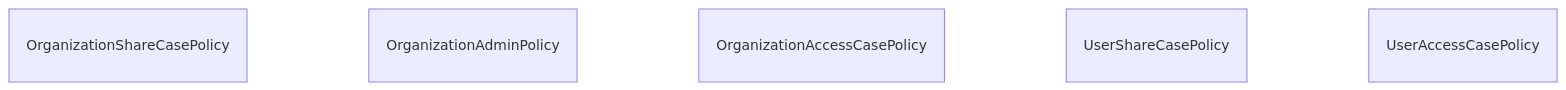
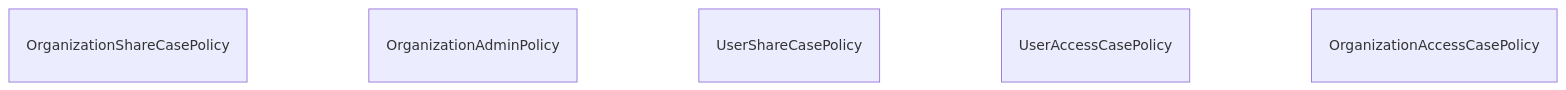
Before and after one commit to RIVM-bioinformatics/gen-epix-api: the diagram in docs/erm/casedb.abac.md, drawn with Mermaid. The commit also changed other lines of this file and 176 other files, not shown here.

````diff
--- a/docs/erm/casedb.abac.md
+++ b/docs/erm/casedb.abac.md
@@ -5,20 +5,20 @@
 ```mermaid
 erDiagram
     %% casedb / ABAC (simplified)
 
     OrganizationShareCasePolicy {
     }
 
     OrganizationAdminPolicy {
     }
 
-    OrganizationAccessCasePolicy {
-    }
-
     UserShareCasePolicy {
     }
 
     UserAccessCasePolicy {
     }
 
+    OrganizationAccessCasePolicy {
+    }
+
 ```
````
